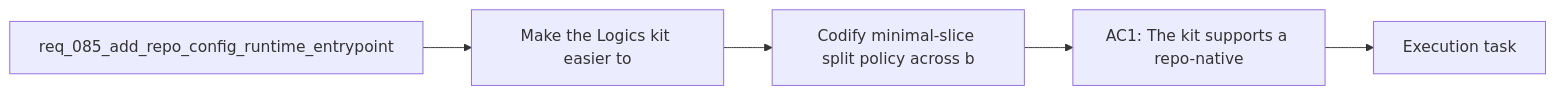
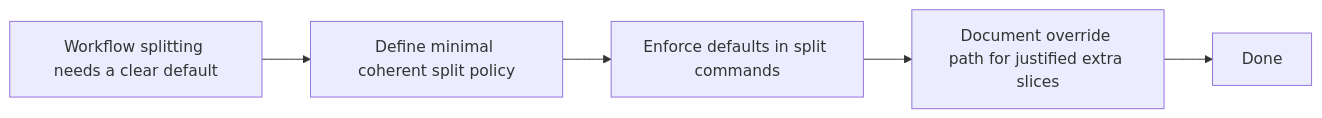
The diagram in logics/backlog/item_134_codify_minimal_slice_split_policy_across_backlog_generation_and_operator_guidance.md (AlexAgo83/logics-manager), drawn with Mermaid before and after one commit. The commit also changed other lines of this file and 7 other files, not shown here.

Commit message:
Finish req_085 runtime delivery and close task_097

````diff
--- a/logics/backlog/item_134_codify_minimal_slice_split_policy_across_backlog_generation_and_operator_guidance.md
+++ b/logics/backlog/item_134_codify_minimal_slice_split_policy_across_backlog_generation_and_operator_guidance.md
@@ -22,9 +25,9 @@
 ```mermaid
 %% logics-kind: backlog
-%% logics-signature: backlog|codify-minimal-slice-split-policy-across|req-082-strengthen-logics-kit-primitives|make-the-logics-kit-easier-to|ac1-the-kit-supports-a-repo-native
+%% logics-signature: backlog|codify-minimal-slice-split-policy-across|req-085-add-repo-config-runtime-entrypoi|the-kit-had-no-explicit-default|ac1-the-default-repo-config-declares
 flowchart LR
-    Request[req_085_add_repo_config_runtime_entrypoint] --> Problem[Make the Logics kit easier to]
-    Problem --> Scope[Codify minimal-slice split policy across b]
-    Scope --> Acceptance[AC1: The kit supports a repo-native]
-    Acceptance --> Tasks[Execution task]
+    Need[Workflow splitting needs a clear default] --> Policy[Define minimal coherent split policy]
+    Policy --> Enforce[Enforce defaults in split commands]
+    Enforce --> Guide[Document override path for justified extra slices]
+    Guide --> Done[Done]
 ```
````
